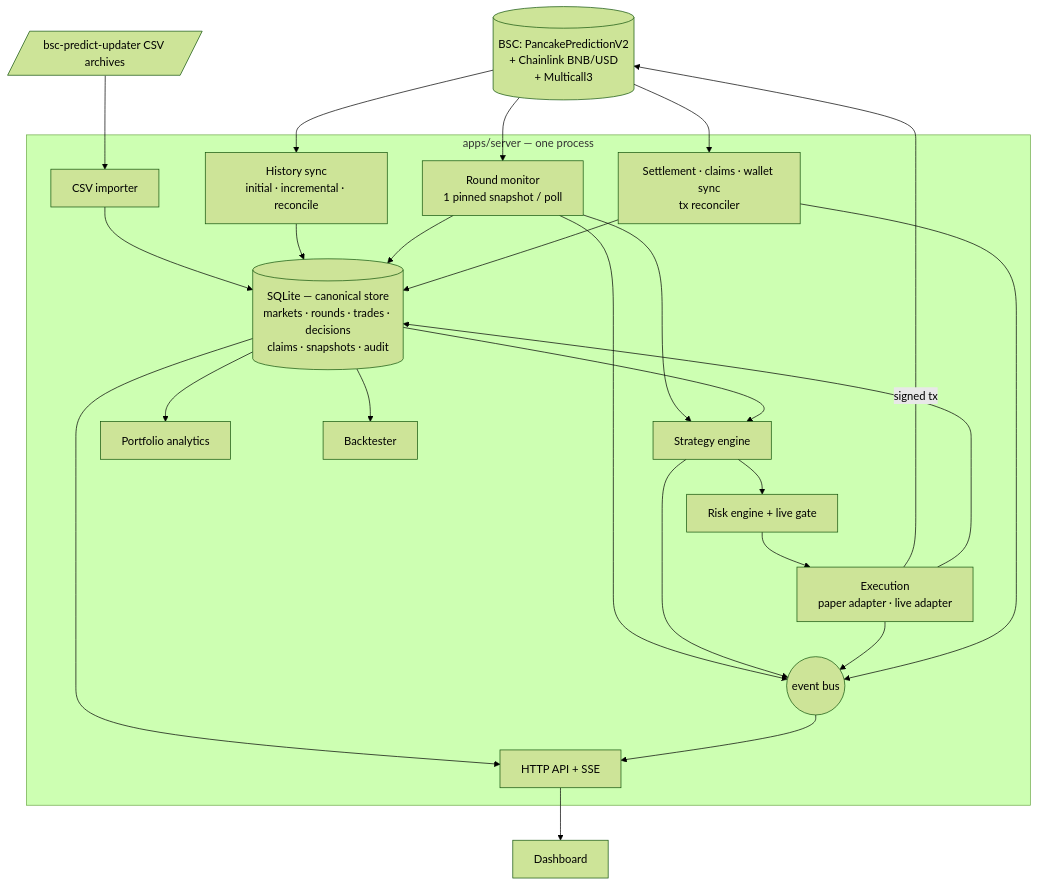
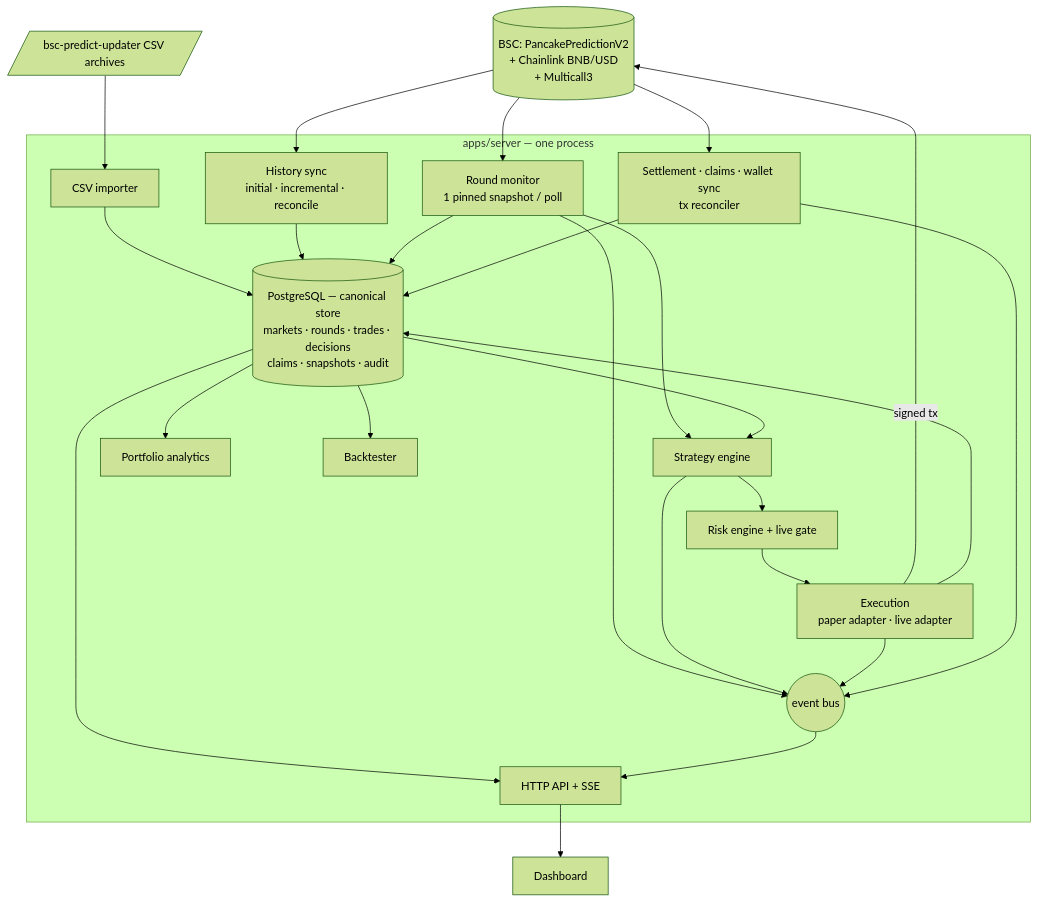
The diagram in docs/ARCHITECTURE.md (softpyscho/unified-bsc-predict), drawn with Mermaid (forest theme) before and after one commit. The commit also changed other lines of this file and 46 other files, not shown here.

First line of the commit message:
Move the store from SQLite to PostgreSQL (PGlite embedded or pg/Supabase)

````diff
--- a/docs/ARCHITECTURE.md
+++ b/docs/ARCHITECTURE.md
@@ -33,33 +37,33 @@
 ```mermaid
 flowchart TD
   CHAIN[(BSC: PancakePredictionV2<br/>+ Chainlink BNB/USD<br/>+ Multicall3)]
   CSV[/bsc-predict-updater CSV archives/]
   subgraph server[apps/server — one process]
     IMPORT[CSV importer]
     SYNC[History sync<br/>initial · incremental · reconcile]
     MON[Round monitor<br/>1 pinned snapshot / poll]
-    DB[(SQLite — canonical store<br/>markets · rounds · trades · decisions<br/>claims · snapshots · audit)]
+    DB[(PostgreSQL — canonical store<br/>markets · rounds · trades · decisions<br/>claims · snapshots · audit)]
     ENG[Strategy engine]
     RISK[Risk engine + live gate]
     EXE[Execution<br/>paper adapter · live adapter]
     SET[Settlement · claims · wallet sync<br/>tx reconciler]
     PORT[Portfolio analytics]
     BT[Backtester]
     BUS((event bus))
     API[HTTP API + SSE]
   end
   WEB[Dashboard]
 
   CSV --> IMPORT --> DB
   CHAIN --> SYNC --> DB
   CHAIN --> MON --> DB
   MON --> ENG
   DB --> ENG --> RISK --> EXE
   EXE -->|signed tx| CHAIN
   EXE --> DB
   CHAIN --> SET --> DB
   DB --> PORT
   DB --> BT
   DB --> API
   MON & ENG & EXE & SET --> BUS --> API --> WEB
 ```
````
